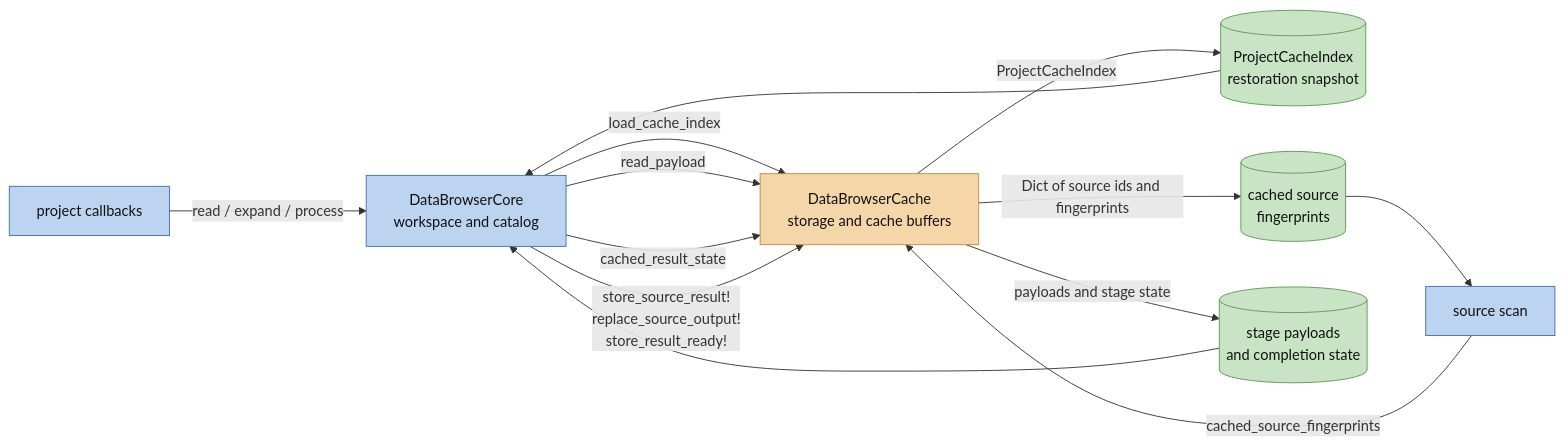
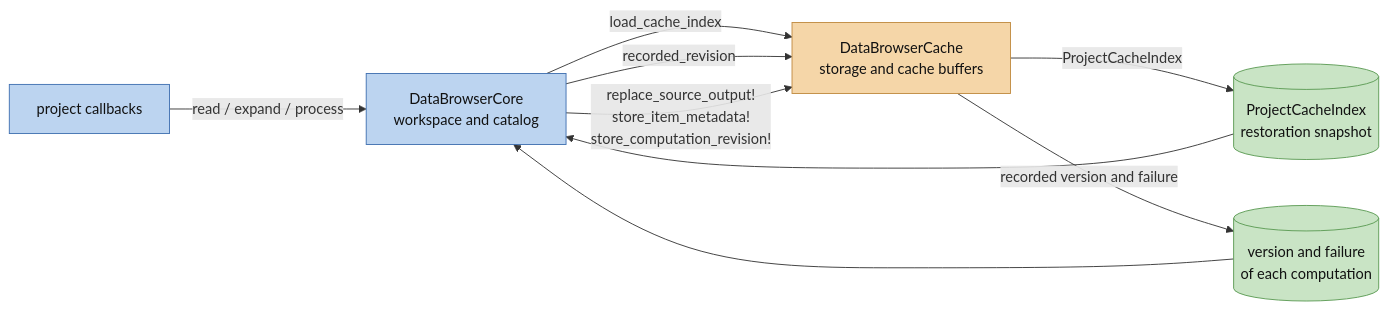
One commit to digiefel/DataBrowser changed the third of 5 diagrams in docs/ARCHITECTURE.md. Above: the diagram before and after it, drawn with Mermaid. The commit also changed 4 other files, not shown here.

First line of the commit message:
Remove the cache tables and functions of the stage pipeline

````diff
--- a/docs/ARCHITECTURE.md
+++ b/docs/ARCHITECTURE.md
@@ -365,30 +365,24 @@
 ```mermaid
 flowchart LR
     core["DataBrowserCore<br/>workspace and catalog"]
-    scan["source scan"]
     cache["DataBrowserCache<br/>storage and cache buffers"]
     snapshot[("ProjectCacheIndex<br/>restoration snapshot")]
-    fingerprints[("cached source<br/>fingerprints")]
-    payloads[("stage payloads<br/>and completion state")]
+    records[("version and failure<br/>of each computation")]
     source["project callbacks"]
 
     core -->|"load_cache_index"| cache
     cache -->|"ProjectCacheIndex"| snapshot
     snapshot --> core
-    scan -->|"cached_source_fingerprints"| cache
-    cache -->|"Dict of source ids and fingerprints"| fingerprints
-    fingerprints --> scan
-    core -->|"read_payload"| cache
-    core -->|"cached_result_state"| cache
-    cache -->|"payloads and stage state"| payloads
-    payloads --> core
-    core -->|"store_source_result!<br/>replace_source_output!<br/>store_result_ready!"| cache
+    core -->|"recorded_revision"| cache
+    cache -->|"recorded version and failure"| records
+    records --> core
+    core -->|"replace_source_output!<br/>store_item_metadata!<br/>store_computation_revision!"| cache
     source -->|"read / expand / process"| core
 
     classDef coreC fill:#bcd4f0,stroke:#3f6fb0,color:#111
     classDef cacheC fill:#f5d6a8,stroke:#c08a3f,color:#111
     classDef stateC fill:#c9e4c5,stroke:#5a9a52,color:#111
-    class core,scan,source coreC
+    class core,source coreC
     class cache cacheC
-    class snapshot,fingerprints,payloads stateC
+    class snapshot,records stateC
 ```
````
